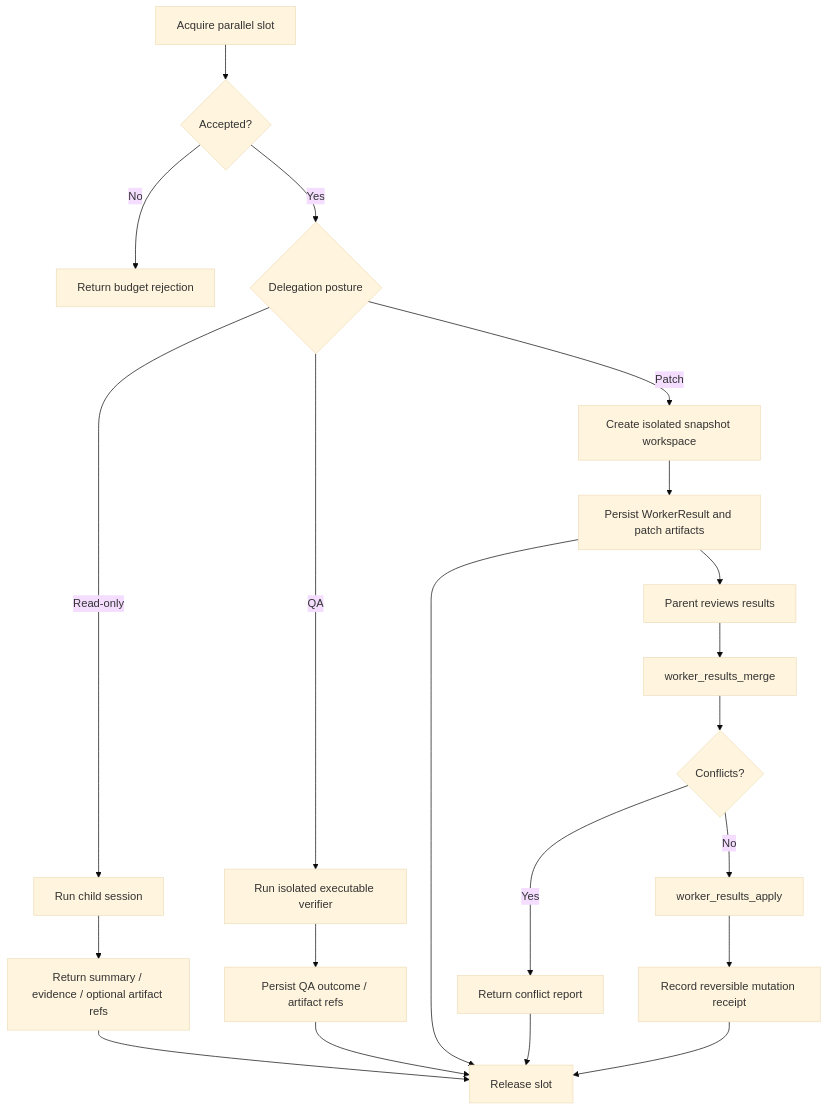
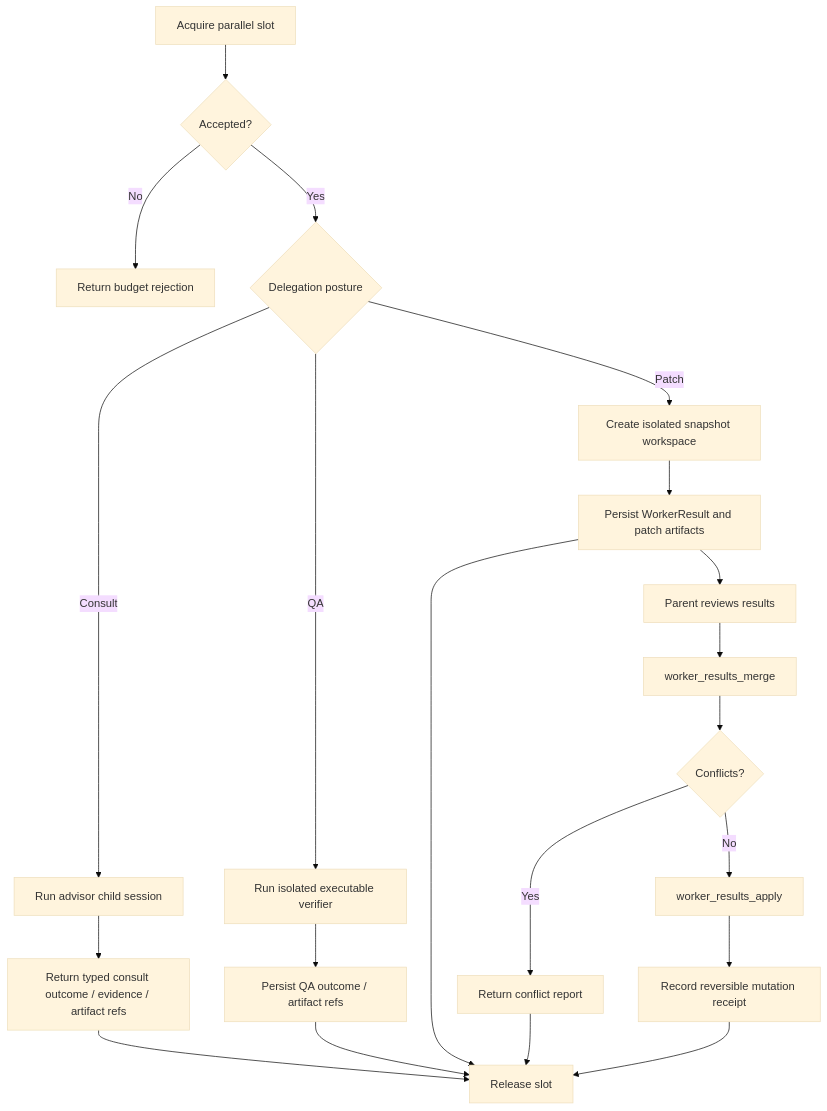
One commit to arcthur/brewva changed the diagram in docs/journeys/operator/background-and-parallelism.md. Above: the diagram before and after it, drawn with Mermaid (base theme). The commit also changed other lines of this file and 59 other files, not shown here.

````diff
--- a/docs/journeys/operator/background-and-parallelism.md
+++ b/docs/journeys/operator/background-and-parallelism.md
@@ -37,23 +38,23 @@
 ```mermaid
 flowchart TD
   A["Acquire parallel slot"] --> B{"Accepted?"}
   B -->|No| C["Return budget rejection"]
   B -->|Yes| D{"Delegation posture"}
-  D -->|Read-only| E["Run child session"]
+  D -->|Consult| E["Run advisor child session"]
   D -->|QA| F["Run isolated executable verifier"]
   D -->|Patch| G["Create isolated snapshot workspace"]
-  E --> H["Return summary / evidence / optional artifact refs"]
+  E --> H["Return typed consult outcome / evidence / artifact refs"]
   F --> I["Persist QA outcome / artifact refs"]
   G --> J["Persist WorkerResult and patch artifacts"]
   J --> K["Parent reviews results"]
   K --> L["worker_results_merge"]
   L --> M{"Conflicts?"}
   M -->|Yes| N["Return conflict report"]
   M -->|No| O["worker_results_apply"]
   O --> P["Record reversible mutation receipt"]
   H --> Q["Release slot"]
   I --> Q
   J --> Q
   N --> Q
   P --> Q
 ```
````
